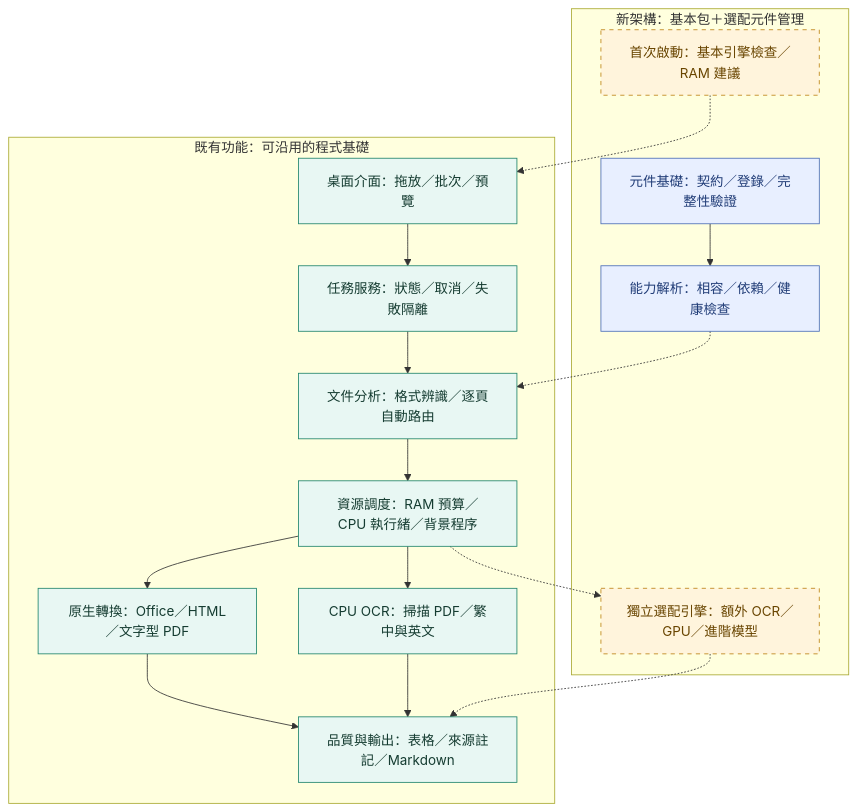
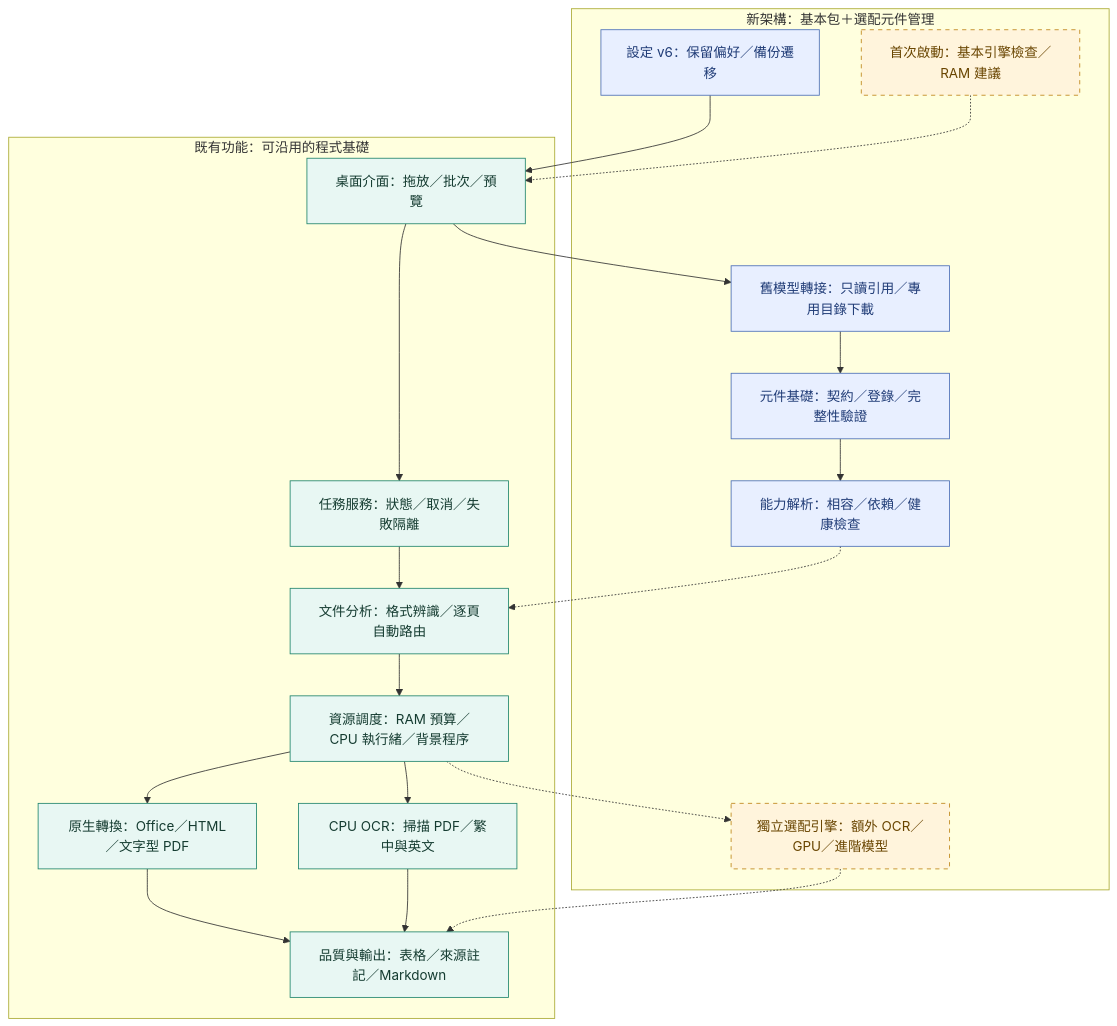
Before and after one commit to ChouTa-chuan/MarkItDown-exe: the diagram in README.md, drawn with Mermaid. The commit also changed other lines of this file and 44 other files, not shown here.

````diff
--- a/README.md
+++ b/README.md
@@ -21,29 +21,34 @@
 ```mermaid
 flowchart TD
     subgraph Existing["既有功能：可沿用的程式基礎"]
         UI["桌面介面：拖放／批次／預覽"] --> APP["任務服務：狀態／取消／失敗隔離"]
         APP --> PLAN["文件分析：格式辨識／逐頁自動路由"]
         PLAN --> RES["資源調度：RAM 預算／CPU 執行緒／背景程序"]
         RES --> NATIVE["原生轉換：Office／HTML／文字型 PDF"]
         RES --> OCR["CPU OCR：掃描 PDF／繁中與英文"]
         NATIVE --> QUALITY["品質與輸出：表格／來源註記／Markdown"]
         OCR --> QUALITY
     end
     subgraph Planned["新架構：基本包＋選配元件管理"]
         FIRST["首次啟動：基本引擎檢查／RAM 建議"]
         COMPONENTS["元件基礎：契約／登錄／完整性驗證"]
         CAPABILITY["能力解析：相容／依賴／健康檢查"]
         OPTIONAL["獨立選配引擎：額外 OCR／GPU／進階模型"]
         COMPONENTS --> CAPABILITY
+        LEGACY["舊模型轉接：只讀引用／專用目錄下載"]
+        PREFS["設定 v6：保留偏好／備份遷移"]
+        LEGACY --> COMPONENTS
     end
+    UI --> LEGACY
+    PREFS --> UI
     FIRST -.-> UI
     CAPABILITY -.-> PLAN
     RES -.-> OPTIONAL
     OPTIONAL -.-> QUALITY
     classDef existing fill:#e8f7f3,stroke:#21856d,color:#153c31;
     classDef foundation fill:#e8efff,stroke:#4c6fb8,color:#203c77;
-    class COMPONENTS,CAPABILITY foundation;
+    class COMPONENTS,CAPABILITY,LEGACY,PREFS foundation;
     classDef planned fill:#fff4dc,stroke:#be8519,color:#694500,stroke-dasharray:5 5;
     class UI,APP,PLAN,RES,NATIVE,OCR,QUALITY existing;
     class FIRST,OPTIONAL planned;
 ```
````
